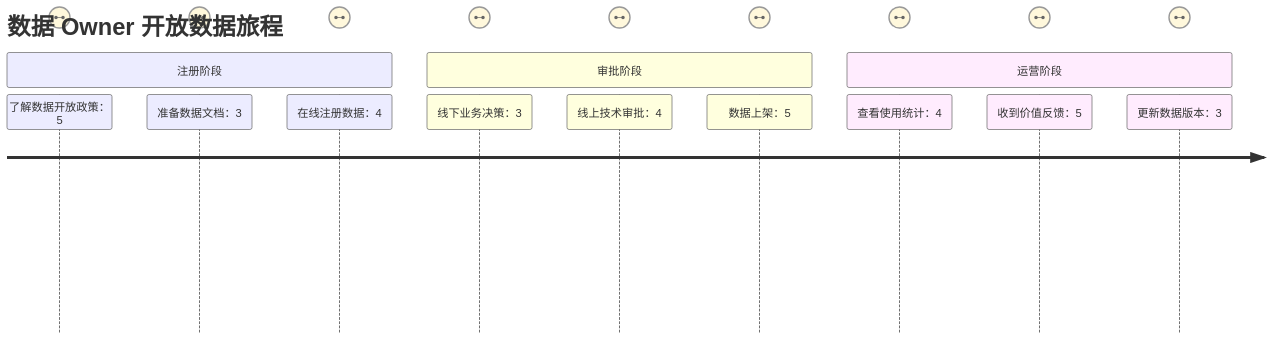
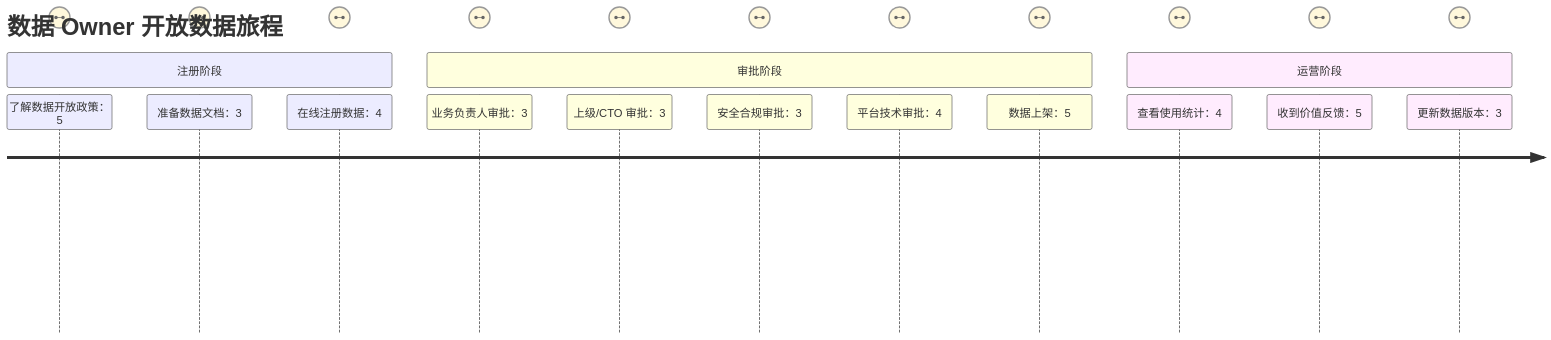
The fourth of 10 diagrams in open-app/.specs/feature-session-001/discovery-report.md (THZSummer/Product), drawn with Mermaid before and after one commit. The commit also changed other lines of this file, not shown here.

````diff
--- a/open-app/.specs/feature-session-001/discovery-report.md
+++ b/open-app/.specs/feature-session-001/discovery-report.md
@@ -159,16 +159,18 @@
 ```mermaid
 journey
     title 数据 Owner 开放数据旅程
     section 注册阶段
       了解数据开放政策：5: 数据 Owner
       准备数据文档：3: 数据 Owner
       在线注册数据：4: 数据 Owner
     section 审批阶段
-      线下业务决策：3: 数据 Owner，上级
-      线上技术审批：4: 平台管理员
+      业务负责人审批：3: 业务负责人
+      上级/CTO 审批：3: 上级/CTO
+      安全合规审批：3: 安全合规
+      平台技术审批：4: 平台管理员
       数据上架：5: 数据 Owner
     section 运营阶段
       查看使用统计：4: 数据 Owner
       收到价值反馈：5: 数据 Owner
       更新数据版本：3: 数据 Owner
 ```
````
